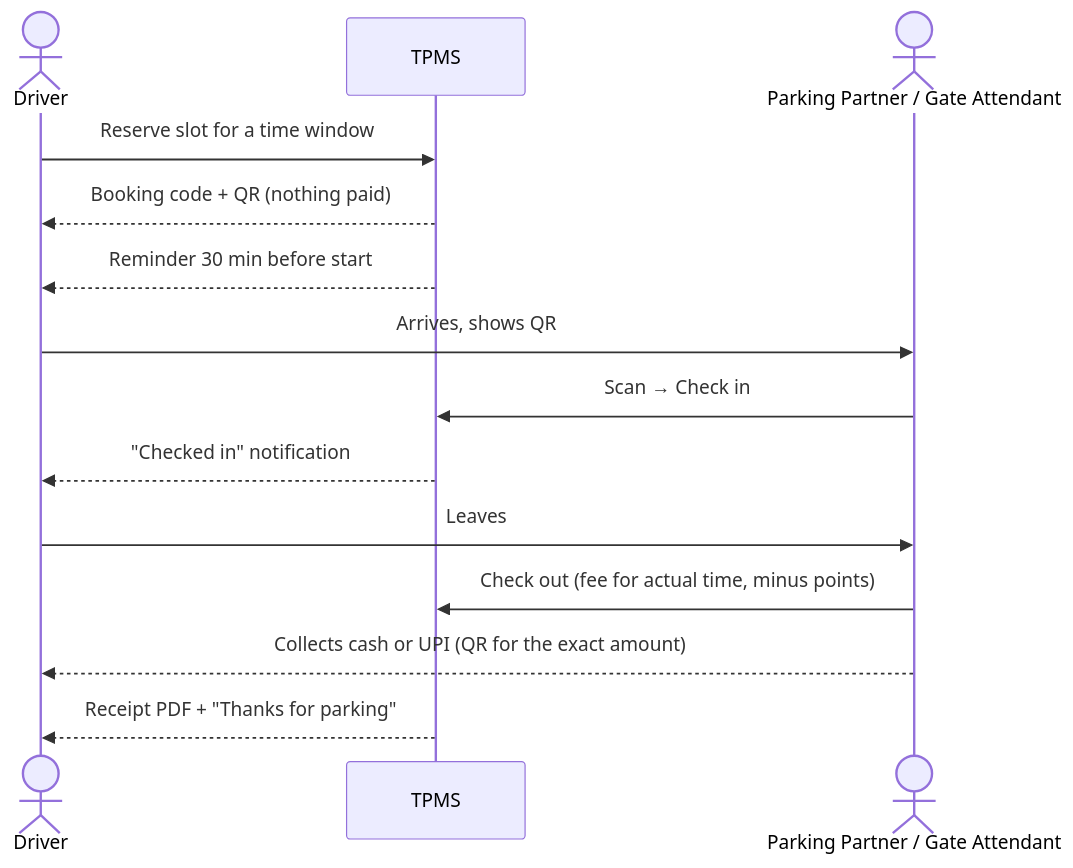
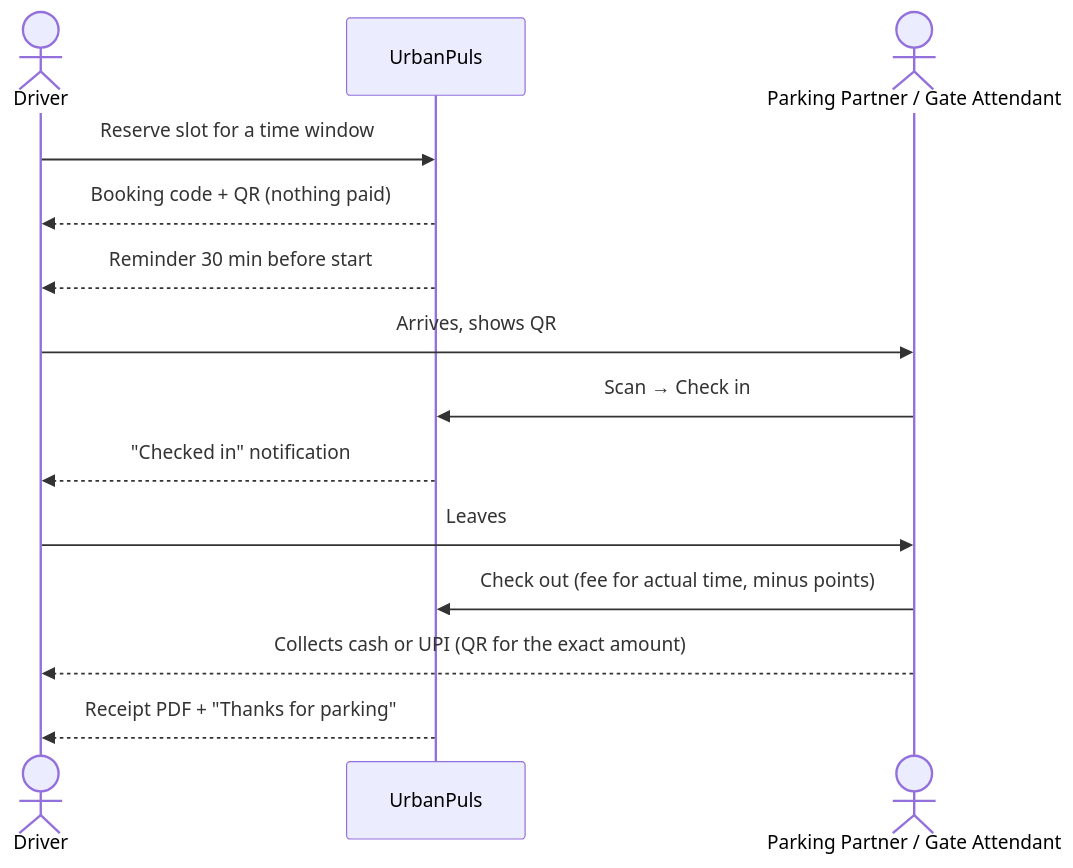
One commit to SamruddhiKadam2023in/UrbanPuls changed the second of 2 diagrams in README.md. Above: the diagram before and after it, drawn with Mermaid. The commit also changed other lines of this file and 30 other files, not shown here.

First line of the commit message:
Rename the project to UrbanPuls

````diff
--- a/README.md
+++ b/README.md
@@ -163,16 +163,16 @@
 ```mermaid
 sequenceDiagram
     actor D as Driver
-    participant T as TPMS
+    participant T as UrbanPuls
     actor P as Parking Partner / Gate Attendant
     D->>T: Reserve slot for a time window
     T-->>D: Booking code + QR (nothing paid)
     T-->>D: Reminder 30 min before start
     D->>P: Arrives, shows QR
     P->>T: Scan → Check in
     T-->>D: "Checked in" notification
     D->>P: Leaves
     P->>T: Check out (fee for actual time, minus points)
     P-->>D: Collects cash or UPI (QR for the exact amount)
     T-->>D: Receipt PDF + "Thanks for parking"
 ```
````
